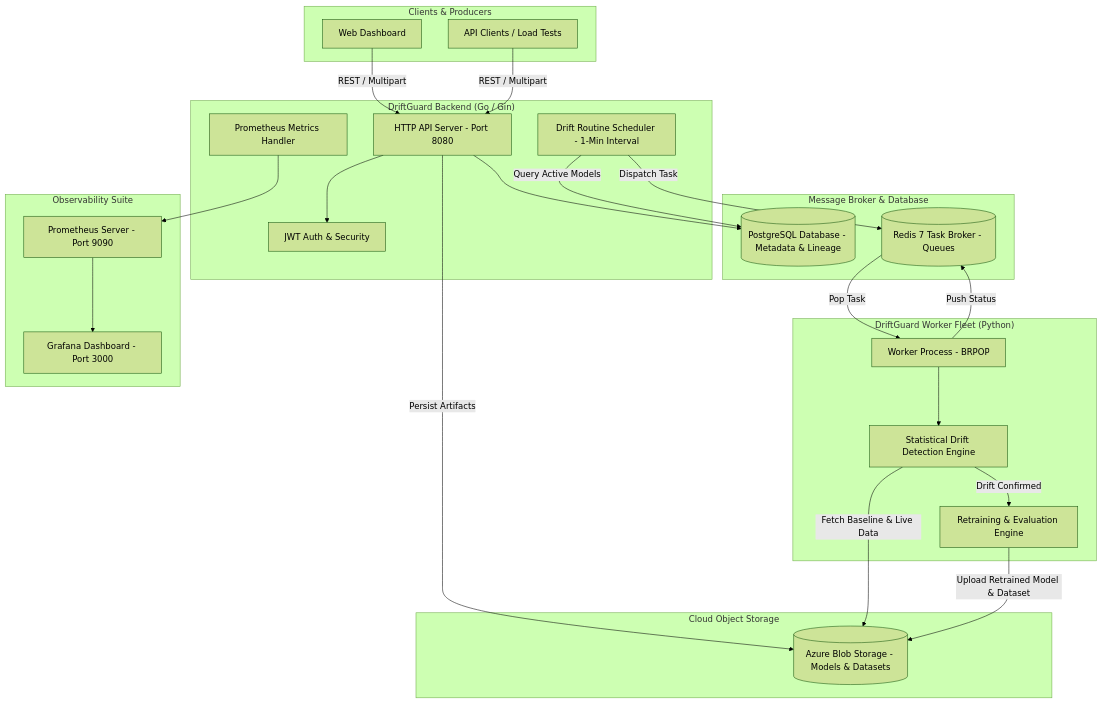
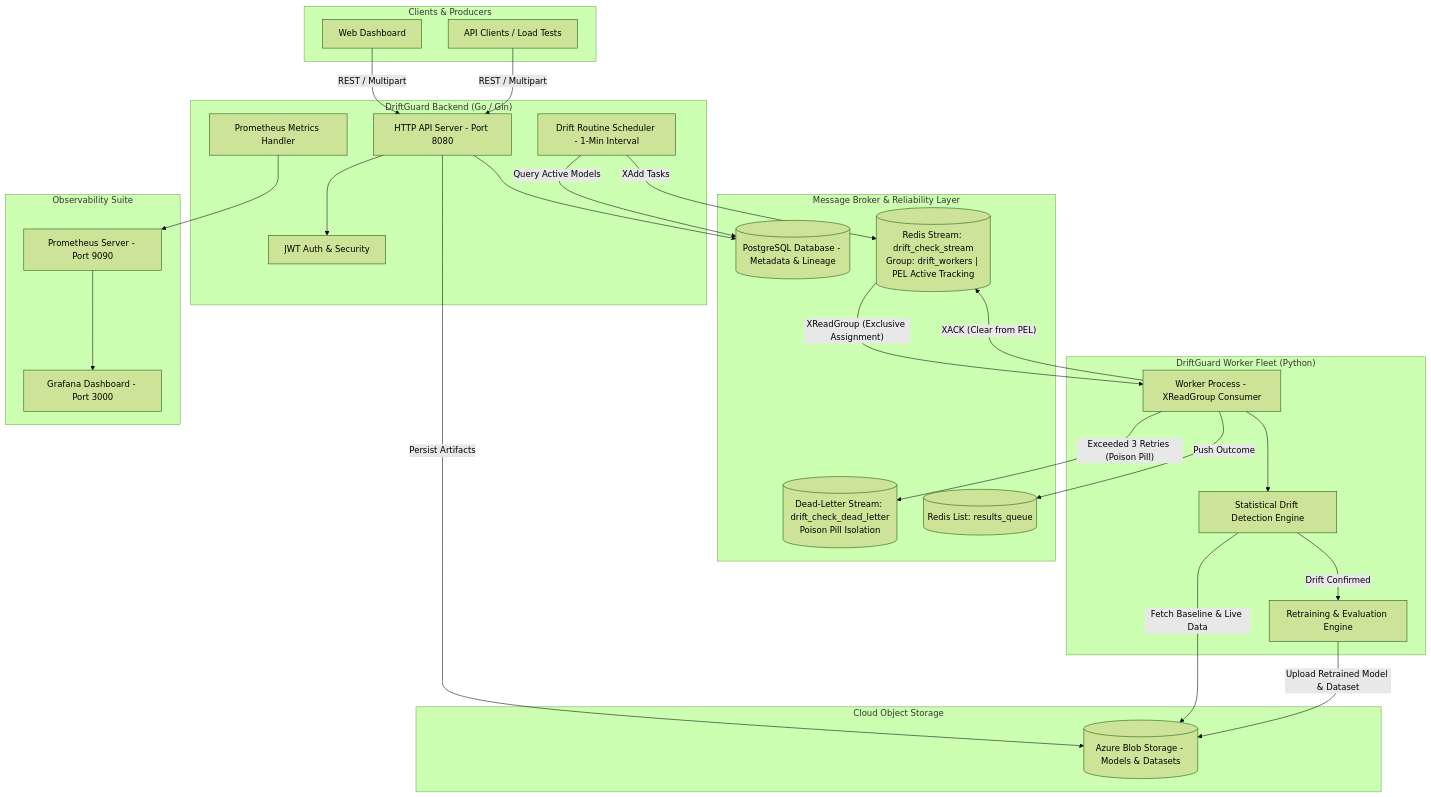
The first of 2 diagrams in README.md (Ramana-Raja/DriftGuard), drawn with Mermaid (forest theme) before and after one commit. The commit also changed other lines of this file and 1 other file, not shown here.

````diff
--- a/README.md
+++ b/README.md
@@ -62,52 +64,56 @@
 ```mermaid
 flowchart TD
     subgraph Clients["Clients & Producers"]
         UI["Web Dashboard"]
         CLI["API Clients / Load Tests"]
     end
 
     subgraph CoreBackend["DriftGuard Backend (Go / Gin)"]
         API["HTTP API Server - Port 8080"]
         JWT["JWT Auth & Security"]
         CRON["Drift Routine Scheduler - 1-Min Interval"]
         PromHandler["Prometheus Metrics Handler"]
     end
 
-    subgraph DataQueue["Message Broker & Database"]
+    subgraph DataQueue["Message Broker & Reliability Layer"]
         PG[("PostgreSQL Database - Metadata & Lineage")]
-        RedisQueue[("Redis 7 Task Broker - Queues")]
+        Stream[("Redis Stream: drift_check_stream<br/>Group: drift_workers | PEL Active Tracking")]
+        DLQ[("Dead-Letter Stream: drift_check_dead_letter<br/>Poison Pill Isolation")]
+        ResultsQ[("Redis List: results_queue")]
     end
 
     subgraph CloudStorage["Cloud Object Storage"]
         AzureBlob[("Azure Blob Storage - Models & Datasets")]
     end
 
     subgraph WorkerFleet["DriftGuard Worker Fleet (Python)"]
-        Worker["Worker Process - BRPOP"]
+        Worker["Worker Process - XReadGroup Consumer"]
         DriftEngine["Statistical Drift Detection Engine"]
         Trainer["Retraining & Evaluation Engine"]
     end
 
     subgraph Observability["Observability Suite"]
         Prom["Prometheus Server - Port 9090"]
         Graf["Grafana Dashboard - Port 3000"]
     end
 
     UI -->|"REST / Multipart"| API
     CLI -->|"REST / Multipart"| API
     API --> JWT
     API --> PG
     CRON -->|"Query Active Models"| PG
-    CRON -->|"Dispatch Task"| RedisQueue
+    CRON -->|"XAdd Tasks"| Stream
     API -->|"Persist Artifacts"| AzureBlob
 
-    RedisQueue -->|"Pop Task"| Worker
+    Stream -->|"XReadGroup (Exclusive Assignment)"| Worker
+    Worker -->|"Exceeded 3 Retries (Poison Pill)"| DLQ
     Worker --> DriftEngine
     DriftEngine -->|"Fetch Baseline & Live Data"| AzureBlob
     DriftEngine -->|"Drift Confirmed"| Trainer
     Trainer -->|"Upload Retrained Model & Dataset"| AzureBlob
-    Worker -->|"Push Status"| RedisQueue
+    Worker -->|"Push Outcome"| ResultsQ
+    Worker -->|"XACK (Clear from PEL)"| Stream
 
     PromHandler --> Prom
     Prom --> Graf
 ```
````
